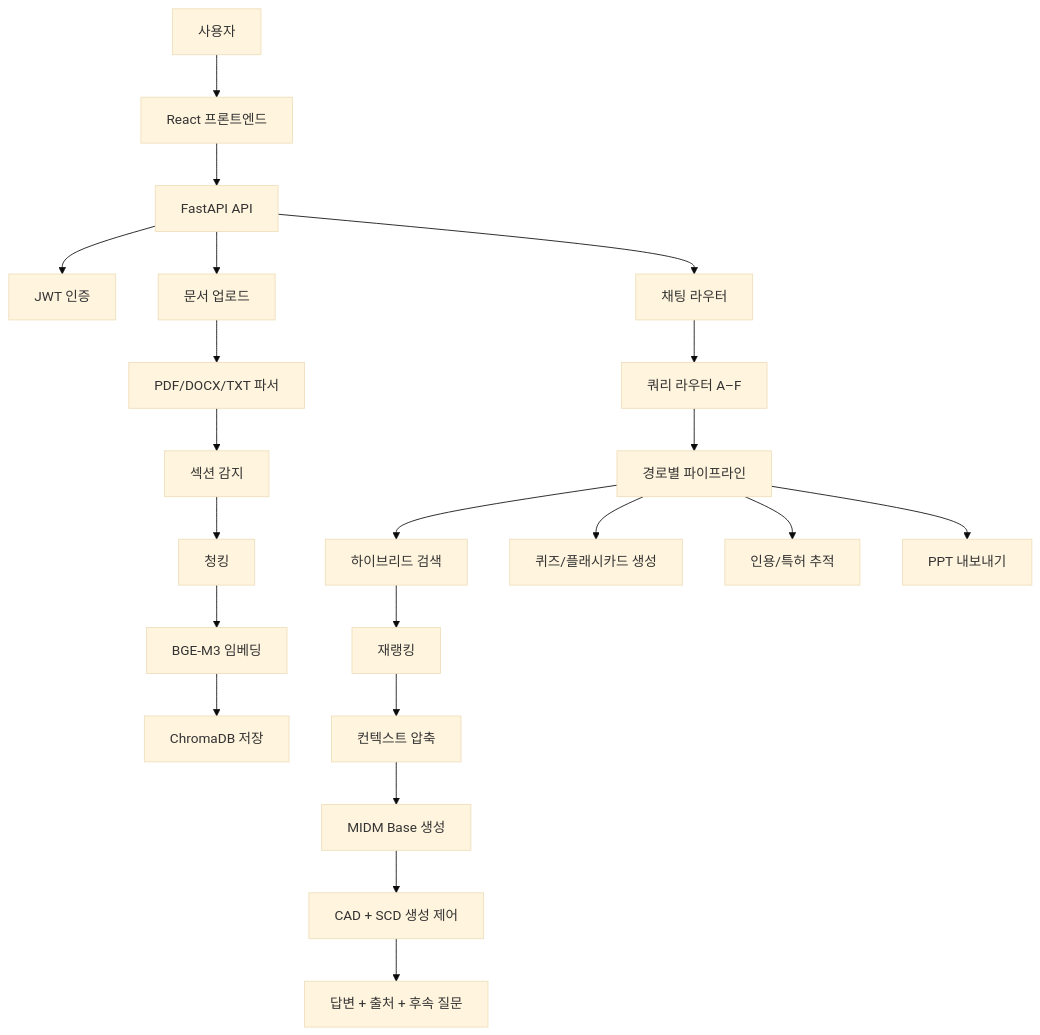
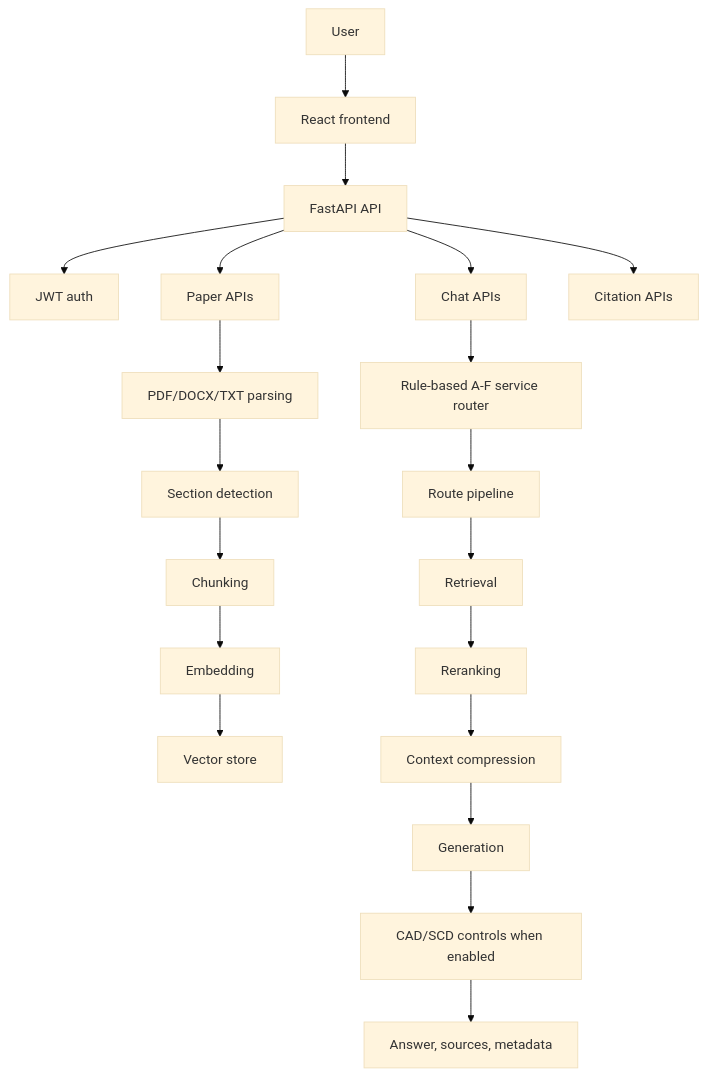
The diagram in docs/ARCHITECTURE.md (LxNx-Hn/M_RAG), drawn with Mermaid (base theme) before and after one commit. The commit also changed other lines of this file and 70 other files, not shown here.

````diff
--- a/docs/ARCHITECTURE.md
+++ b/docs/ARCHITECTURE.md
@@ -18,27 +20,24 @@
 ```mermaid
 flowchart TD
-    U["사용자"] --> FE["React 프론트엔드"]
+    U["User"] --> FE["React frontend"]
     FE --> API["FastAPI API"]
-    API --> AUTH["JWT 인증"]
-    API --> PAPERS["문서 업로드"]
-    API --> CHAT["채팅 라우터"]
+    API --> AUTH["JWT auth"]
+    API --> PAPERS["Paper APIs"]
+    API --> CHAT["Chat APIs"]
+    API --> CITES["Citation APIs"]
 
-    PAPERS --> PARSE["PDF/DOCX/TXT 파서"]
-    PARSE --> SECTION["섹션 감지"]
-    SECTION --> CHUNK["청킹"]
-    CHUNK --> EMBED["BGE-M3 임베딩"]
-    EMBED --> CHROMA["ChromaDB 저장"]
+    PAPERS --> PARSE["PDF/DOCX/TXT parsing"]
+    PARSE --> SECTION["Section detection"]
+    SECTION --> CHUNK["Chunking"]
+    CHUNK --> EMBED["Embedding"]
+    EMBED --> STORE["Vector store"]
 
-    CHAT --> ROUTER["쿼리 라우터 A–F"]
-    ROUTER --> PIPE["경로별 파이프라인"]
-    PIPE --> RET["하이브리드 검색"]
-    RET --> RERANK["재랭킹"]
-    RERANK --> COMP["컨텍스트 압축"]
-    COMP --> GEN["MIDM Base 생성"]
-    GEN --> DEC["CAD + SCD 생성 제어"]
-    DEC --> OUT["답변 + 출처 + 후속 질문"]
-
-    PIPE --> QUIZ["퀴즈/플래시카드 생성"]
-    PIPE --> CITE["인용/특허 추적"]
-    PIPE --> PPT["PPT 내보내기"]
+    CHAT --> ROUTER["Rule-based A-F service router"]
+    ROUTER --> PIPE["Route pipeline"]
+    PIPE --> RET["Retrieval"]
+    RET --> RERANK["Reranking"]
+    RERANK --> COMP["Context compression"]
+    COMP --> GEN["Generation"]
+    GEN --> CTRL["CAD/SCD controls when enabled"]
+    CTRL --> OUT["Answer, sources, metadata"]
 ```
````
